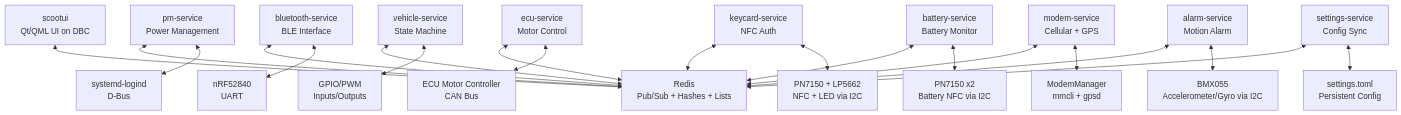
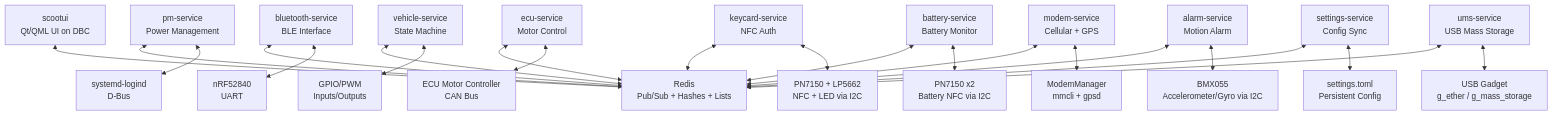
The diagram in services/README.md (librescoot/unu-tech-reference), drawn with Mermaid before and after one commit. The commit also changed other lines of this file and 9 other files, not shown here.

````diff
--- a/services/README.md
+++ b/services/README.md
@@ -26,46 +27,50 @@
 ```mermaid
 graph TB
     UI["scootui<br/>Qt/QML UI on DBC"]
     Redis["Redis<br/>Pub/Sub + Hashes + Lists"]
 
     PM["pm-service<br/>Power Management"]
     BT["bluetooth-service<br/>BLE Interface"]
     VH["vehicle-service<br/>State Machine"]
     ECU["ecu-service<br/>Motor Control"]
     KC["keycard-service<br/>NFC Auth"]
     BAT["battery-service<br/>Battery Monitor"]
     MDM["modem-service<br/>Cellular + GPS"]
     ALM["alarm-service<br/>Motion Alarm"]
     SET["settings-service<br/>Config Sync"]
+    UMS["ums-service<br/>USB Mass Storage"]
 
     LOGIND["systemd-logind<br/>D-Bus"]
     NRF["nRF52840<br/>UART"]
     GPIO["GPIO/PWM<br/>Inputs/Outputs"]
     CAN["ECU Motor Controller<br/>CAN Bus"]
     NFC1["PN7150 + LP5662<br/>NFC + LED via I2C"]
     NFC2["PN7150 x2<br/>Battery NFC via I2C"]
     MODEM["ModemManager<br/>mmcli + gpsd"]
     BMX["BMX055<br/>Accelerometer/Gyro via I2C"]
     TOML["settings.toml<br/>Persistent Config"]
+    USB["USB Gadget<br/>g_ether / g_mass_storage"]
 
     UI <--> Redis
     PM <--> Redis
     BT <--> Redis
     VH <--> Redis
     ECU <--> Redis
     KC <--> Redis
     BAT <--> Redis
     MDM <--> Redis
     ALM <--> Redis
     SET <--> Redis
+    UMS <--> Redis
 
     PM <--> LOGIND
     BT <--> NRF
     VH <--> GPIO
     ECU <--> CAN
     KC <--> NFC1
     BAT <--> NFC2
     MDM <--> MODEM
     ALM <--> BMX
     SET <--> TOML
+    UMS <--> USB
 ```
````
